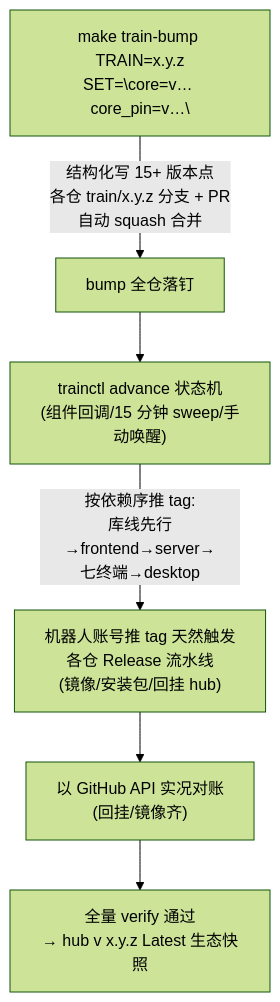
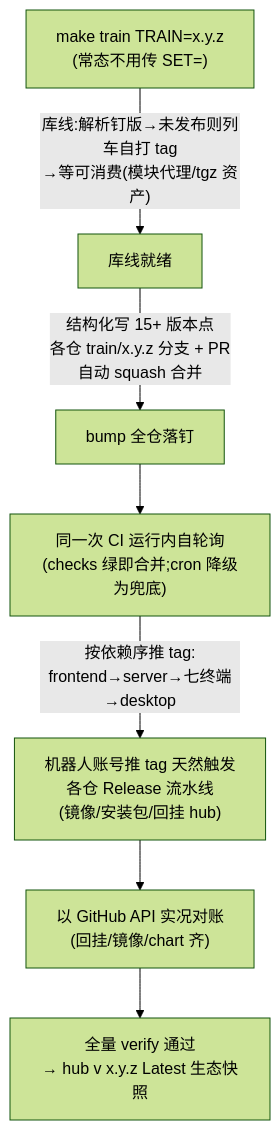
One commit to pigeonbox/pigeonbox changed the ninth of 10 diagrams in docs/architecture.md. Above: the diagram before and after it, drawn with Mermaid (forest theme). The commit also changed other lines of this file and 7 other files, not shown here.

Commit message:
train: bump to 4.0.7

````diff
--- a/docs/architecture.md
+++ b/docs/architecture.md
@@ -344,8 +344,9 @@
 ```mermaid
 flowchart TD
-    A["make train-bump TRAIN=x.y.z<br/>SET=\"core=v… core_pin=v…\""] -->|"结构化写 15+ 版本点<br/>各仓 train/x.y.z 分支 + PR<br/>自动 squash 合并"| B["bump 全仓落钉"]
-    B --> C["trainctl advance 状态机<br/>(组件回调/15 分钟 sweep/手动唤醒)"]
-    C -->|"按依赖序推 tag:<br/>库线先行→frontend→server→<br/>七终端→desktop"| D["机器人账号推 tag 天然触发<br/>各仓 Release 流水线<br/>(镜像/安装包/回挂 hub)"]
-    D --> E["以 GitHub API 实况对账<br/>(回挂/镜像齐)"]
+    A["make train TRAIN=x.y.z<br/>(常态不用传 SET=)"] -->|"库线:解析钉版→未发布则列车自打 tag<br/>→等可消费(模块代理/tgz 资产)"| L["库线就绪"]
+    L -->|"结构化写 15+ 版本点<br/>各仓 train/x.y.z 分支 + PR<br/>自动 squash 合并"| B["bump 全仓落钉"]
+    B --> C["同一次 CI 运行内自轮询<br/>(checks 绿即合并;cron 降级为兜底)"]
+    C -->|"按依赖序推 tag:<br/>frontend→server→七终端→desktop"| D["机器人账号推 tag 天然触发<br/>各仓 Release 流水线<br/>(镜像/安装包/回挂 hub)"]
+    D --> E["以 GitHub API 实况对账<br/>(回挂/镜像/chart 齐)"]
     E --> F["全量 verify 通过<br/>→ hub v x.y.z Latest 生态快照"]
 ```
````
